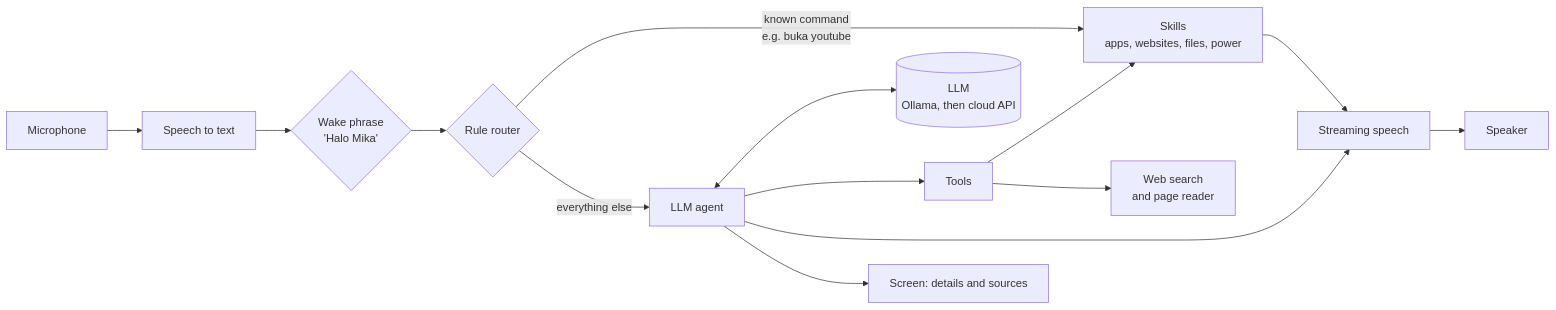
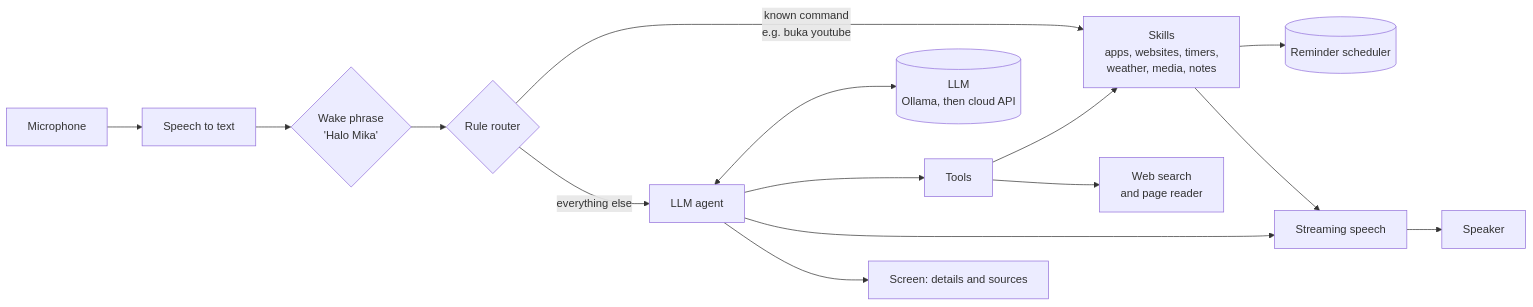
The first of 2 diagrams in README.md (Adyifa/my-own-personal-ai), drawn with Mermaid before and after one commit. The commit also changed other lines of this file and 26 other files, not shown here.

````diff
--- a/README.md
+++ b/README.md
@@ -59,16 +66,17 @@
 ```mermaid
 flowchart LR
     Mic[Microphone] --> STT[Speech to text]
     STT --> Wake{"Wake phrase<br/>'Halo Mika'"}
     Wake --> Router{Rule router}
-    Router -- "known command<br/>e.g. buka youtube" --> Skills[Skills<br/>apps, websites, files, power]
+    Router -- "known command<br/>e.g. buka youtube" --> Skills[Skills<br/>apps, websites, timers,<br/>weather, media, notes]
+    Skills --> Scheduler[(Reminder scheduler)]
     Router -- "everything else" --> Agent[LLM agent]
     Agent <--> LLM[("LLM<br/>Ollama, then cloud API")]
     Agent --> Tools[Tools]
     Tools --> Skills
     Tools --> Web[Web search<br/>and page reader]
     Agent --> TTS[Streaming speech]
     Skills --> TTS
     Agent --> Screen[Screen: details and sources]
     TTS --> Speaker[Speaker]
 ```
````
